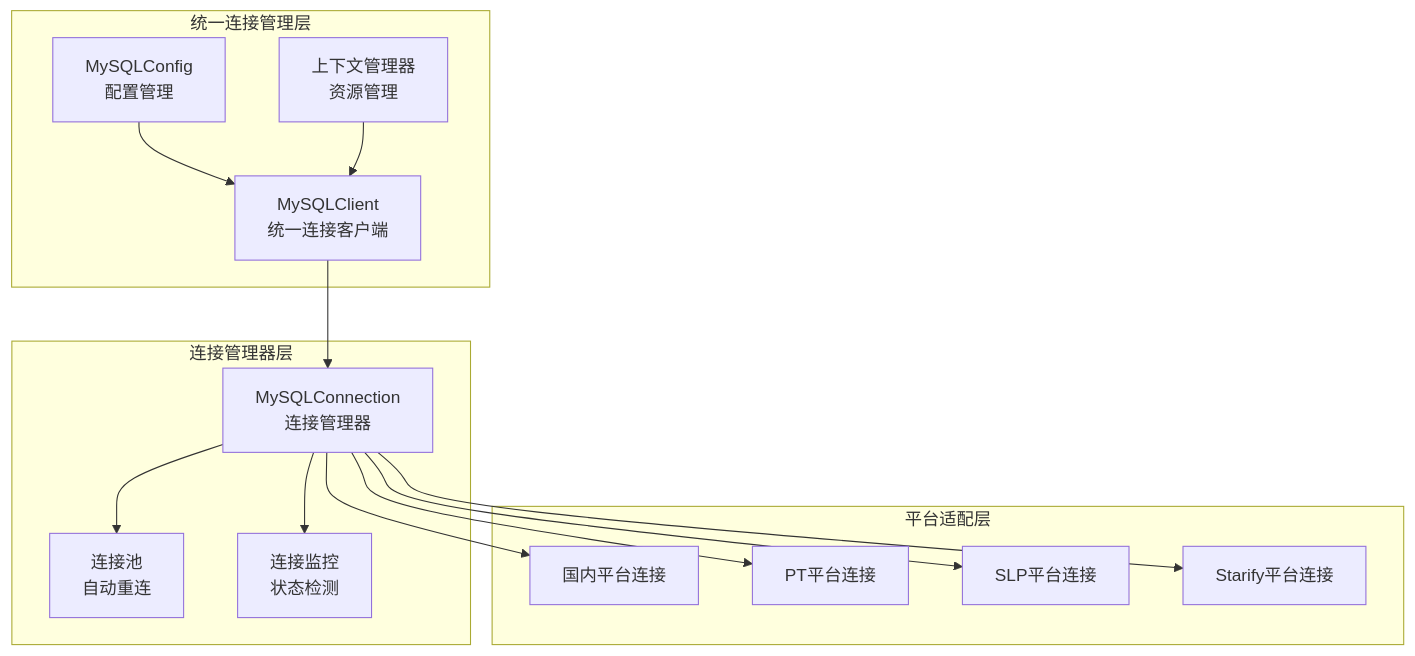
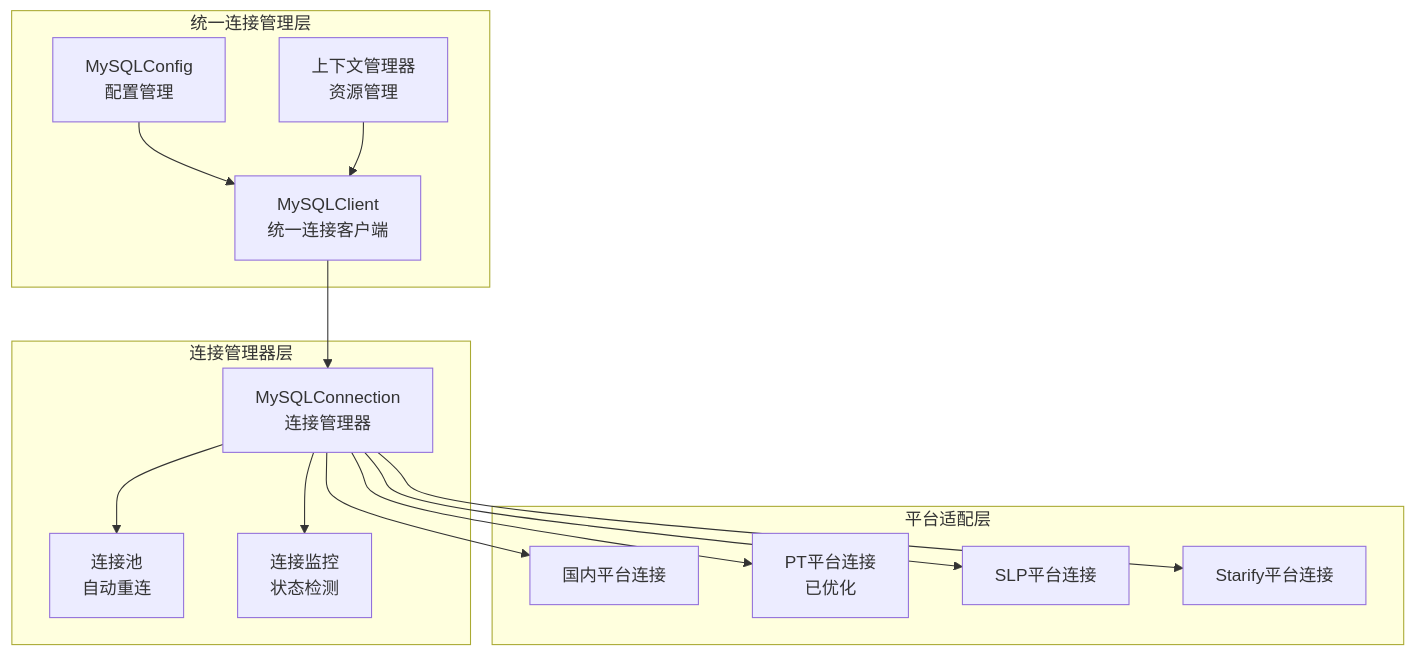
Before and after one commit to liximing1-ola/qa-payTest: the fourth of 16 diagrams in .qoder/repowiki/zh/content/数据库管理/MySQL连接管理.md, drawn with Mermaid. The commit also changed other lines of this file and 3 other files, not shown here.

````diff
--- a/.qoder/repowiki/zh/content/数据库管理/MySQL连接管理.md
+++ b/.qoder/repowiki/zh/content/数据库管理/MySQL连接管理.md
@@ -179,28 +179,28 @@
 ```mermaid
 graph TB
 subgraph "统一连接管理层"
 CLIENT[MySQLClient<br/>统一连接客户端]
 CONFIG[MySQLConfig<br/>配置管理]
 CONTEXT[上下文管理器<br/>资源管理]
 end
 subgraph "连接管理器层"
 MANAGER[MySQLConnection<br/>连接管理器]
 POOL[连接池<br/>自动重连]
 MONITOR[连接监控<br/>状态检测]
 end
 subgraph "平台适配层"
 DOM[国内平台连接]
-PT[PT平台连接]
+PT[PT平台连接<br/>已优化]
 SLP[SLP平台连接]
 STAR[Starify平台连接]
 end
 CLIENT --> MANAGER
 CONFIG --> CLIENT
 CONTEXT --> CLIENT
 MANAGER --> POOL
 MANAGER --> MONITOR
 MANAGER --> DOM
 MANAGER --> PT
 MANAGER --> SLP
 MANAGER --> STAR
 ```
````
